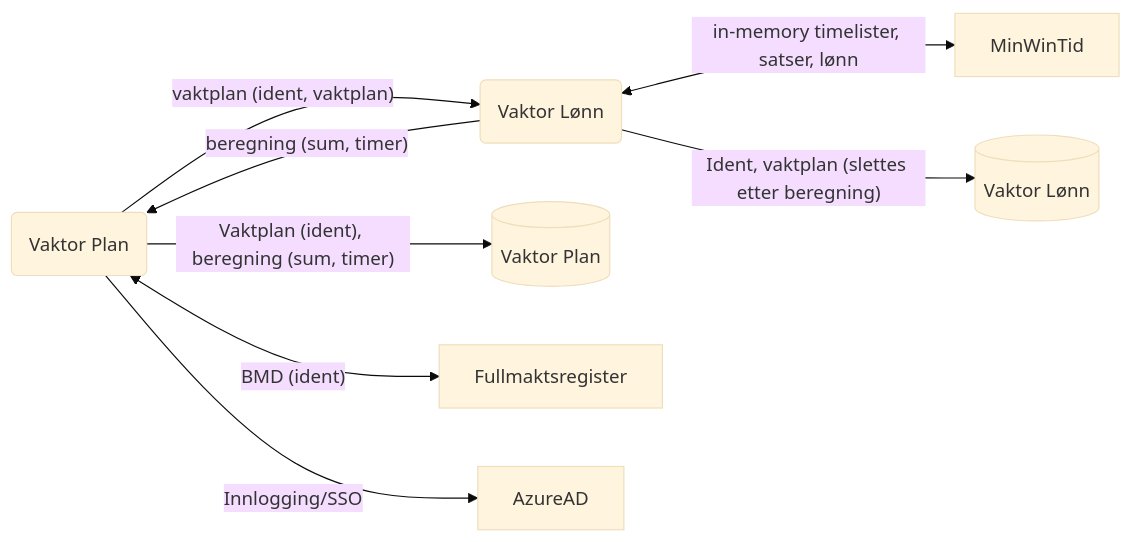
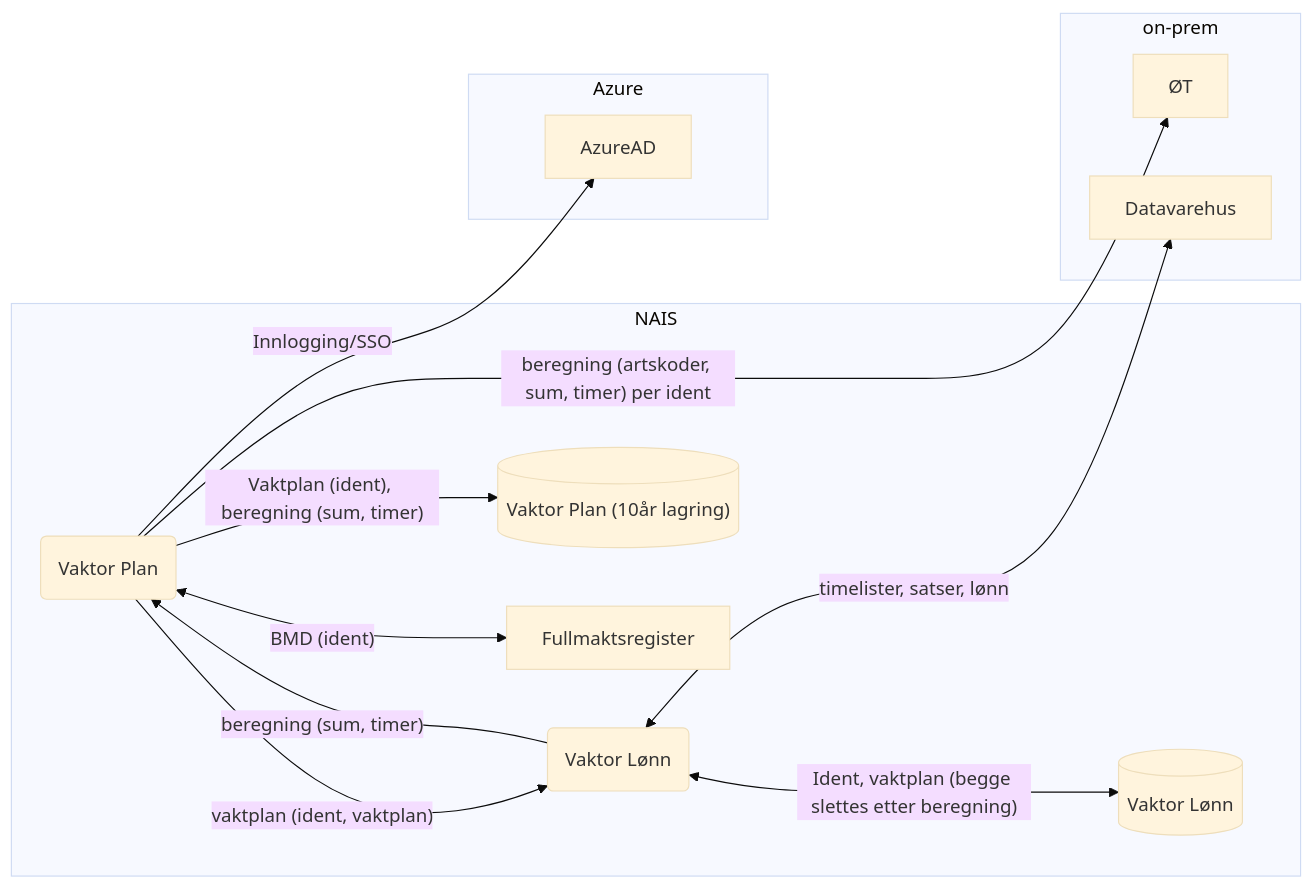
Before and after one commit to navikt/vaktor-lonn: the second of 2 diagrams in README.md, drawn with Mermaid (base theme).

Commit message:
doc: lagt til plattformer

````diff
--- a/README.md
+++ b/README.md
@@ -38,18 +38,25 @@
 ```mermaid
 flowchart LR
-  vp(Vaktor Plan)
-  vl(Vaktor Lønn)
-  pgvp[(Vaktor Plan)]
-  pgvl[(Vaktor Lønn)]
+  subgraph NAIS
+    vp(Vaktor Plan)
+    vl(Vaktor Lønn)
+    pgvp[("Vaktor Plan (10år lagring)")]
+    pgvl[(Vaktor Lønn)]
+    vp<-- "BMD (ident)" -->Fullmaktsregister
+  end
 
   vp-- "vaktplan (ident, vaktplan)" -->vl
   vl-- "beregning (sum, timer)" -->vp
-  vl<-- in-memory timelister, satser, lønn -->MinWinTid
-  vl-- "Ident, vaktplan (slettes etter beregning)" -->pgvl
+  vl<-- "Ident, vaktplan (begge slettes etter beregning)" -->pgvl
 
-  vp<-- "BMD (ident)" -->Fullmaktsregister
   vp-- "Vaktplan (ident), beregning (sum, timer) " -->pgvp
 
-  vp-- "Innlogging/SSO" -->AzureAD
+  subgraph Azure
+    vp-- "Innlogging/SSO" -->AzureAD
+  end
 
+  subgraph on-prem
+    vp-- "beregning (artskoder, sum, timer) per ident" -->ØT
+    vl<-- "timelister, satser, lønn" -->Datavarehus
+  end
 ```
````
